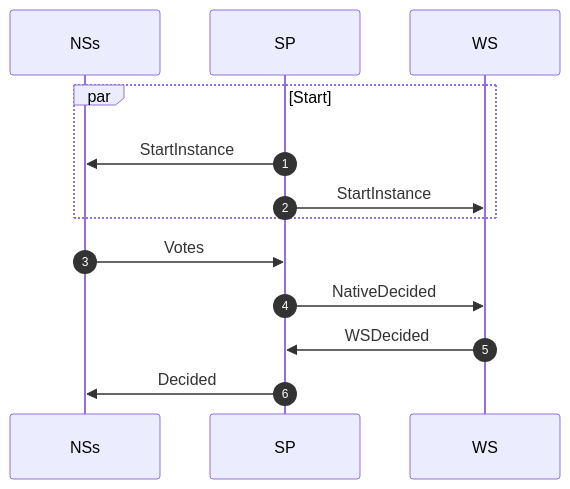
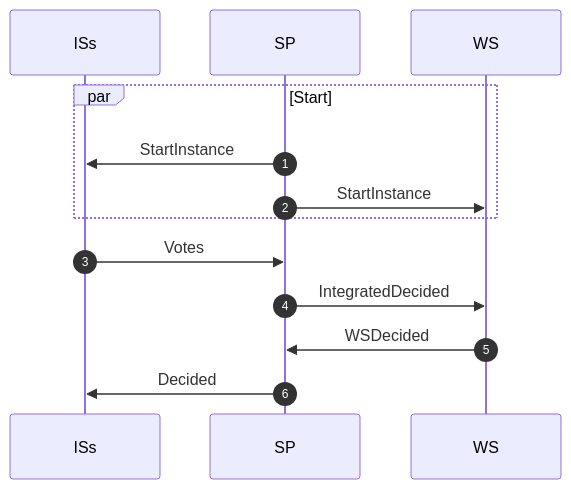
One commit to compose-network/specs changed the third of 5 diagrams in cross_domain_composability_protocol.md. Above: the diagram before and after it, drawn with Mermaid. The commit also changed other lines of this file, not shown here.

Commit message:
replace native terminology by integrated

````diff
--- a/cross_domain_composability_protocol.md
+++ b/cross_domain_composability_protocol.md
@@ -273,17 +273,17 @@
 ```mermaid
 sequenceDiagram
     autonumber
 
-    participant NSs
+    participant ISs
     participant SP
     participant WS
 
     par Start
-    SP->>NSs: StartInstance
+    SP->>ISs: StartInstance
     SP->>WS: StartInstance
     end
-    NSs->>SP: Votes
-    SP->>WS: NativeDecided
+    ISs->>SP: Votes
+    SP->>WS: IntegratedDecided
     WS->>SP: WSDecided
-    SP->>NSs: Decided
+    SP->>ISs: Decided
 ```
````
